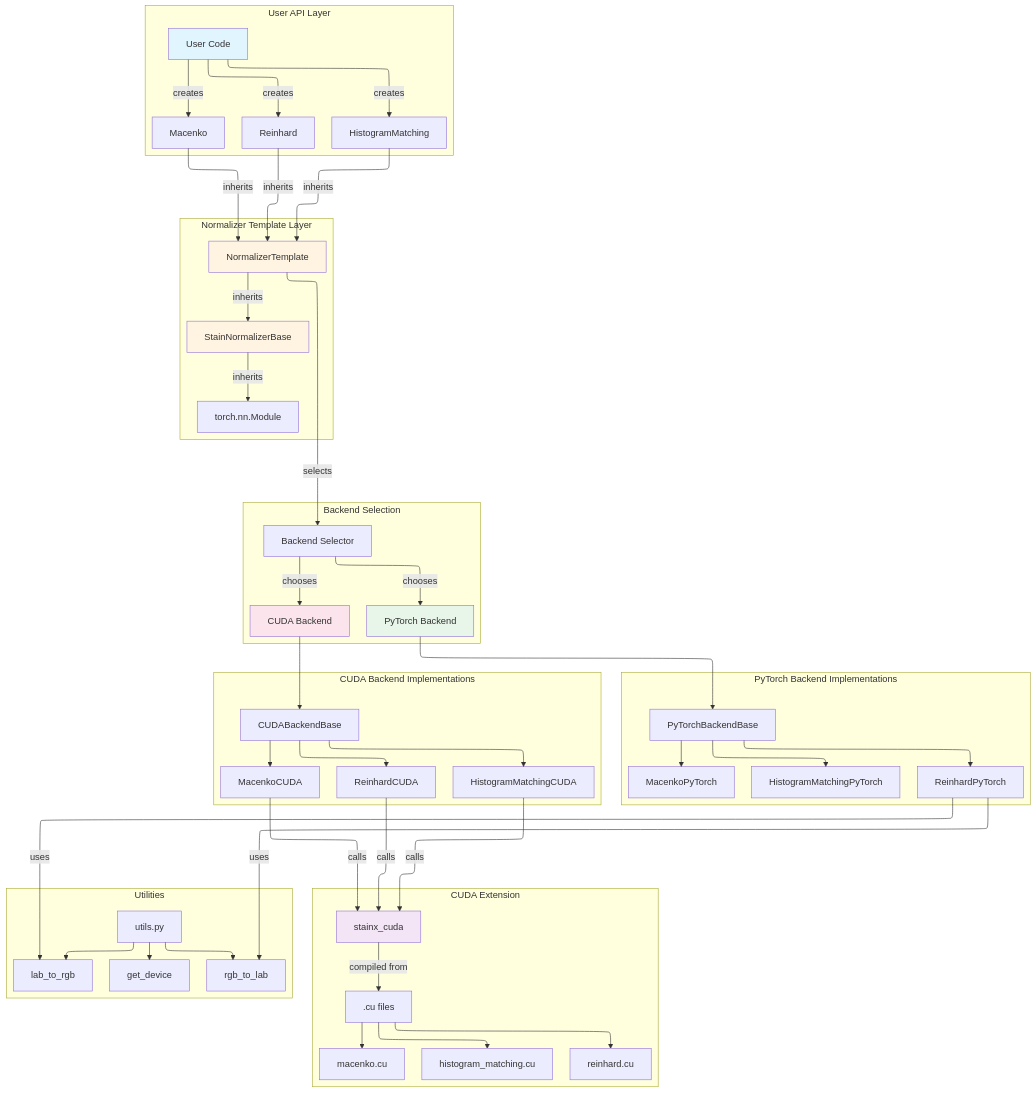
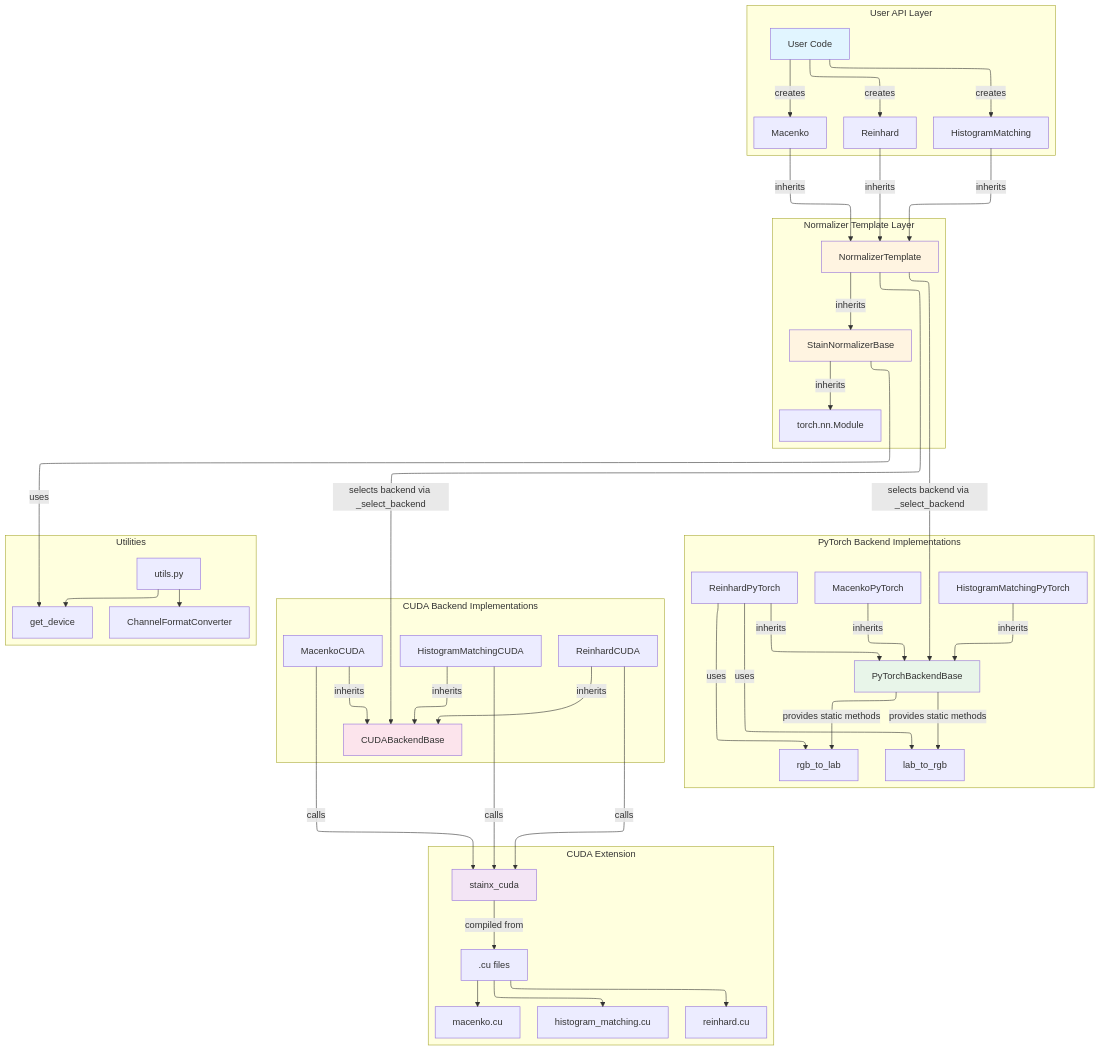
One commit to rendeirolab/stainx changed the diagram in ARCHITECTURE.md. Above: the diagram before and after it, drawn with Mermaid. The commit also changed other lines of this file, not shown here.

Commit message:
Refine architecture documentation by updating backend selection terminology and restructuring diagram relationships for clarity.

````diff
--- a/ARCHITECTURE.md
+++ b/ARCHITECTURE.md
@@ -7,73 +7,73 @@
 ```mermaid
 ---
 config:
   layout: elk
 ---
 flowchart TB
  subgraph subGraph0["User API Layer"]
         User["User Code"]
         HM["HistogramMatching"]
         RE["Reinhard"]
         MA["Macenko"]
   end
  subgraph subGraph1["Normalizer Template Layer"]
         NT["NormalizerTemplate"]
         SNB["StainNormalizerBase"]
         nn.Module["torch.nn.Module"]
   end
- subgraph subGraph3["Backend Selection"]
-        BS["Backend Selector"]
-        PTB["PyTorch Backend"]
-        CUB["CUDA Backend"]
-  end
  subgraph subGraph4["PyTorch Backend Implementations"]
         PTBB["PyTorchBackendBase"]
         HMPT["HistogramMatchingPyTorch"]
         REPT["ReinhardPyTorch"]
         MAPT["MacenkoPyTorch"]
+        RGB2LAB["rgb_to_lab"]
+        LAB2RGB["lab_to_rgb"]
   end
  subgraph subGraph5["CUDA Backend Implementations"]
         CUBB["CUDABackendBase"]
         HMCU["HistogramMatchingCUDA"]
         RECU["ReinhardCUDA"]
         MACU["MacenkoCUDA"]
   end
  subgraph subGraph6["CUDA Extension"]
         SC["stainx_cuda"]
         CU[".cu files"]
         HM_CU["histogram_matching.cu"]
         RE_CU["reinhard.cu"]
         MA_CU["macenko.cu"]
   end
  subgraph Utilities["Utilities"]
         UTILS["utils.py"]
         GD["get_device"]
-        RGB2LAB["rgb_to_lab"]
-        LAB2RGB["lab_to_rgb"]
+        CFC["ChannelFormatConverter"]
   end
     NT -- inherits --> SNB
     SNB -- inherits --> nn.Module
     HM -- inherits --> NT
     RE -- inherits --> NT
     MA -- inherits --> NT
-    NT -- selects --> BS
-    BS -- chooses --> PTB & CUB
-    PTB --> PTBB
-    PTBB --> HMPT & REPT & MAPT
-    CUB --> CUBB
-    CUBB --> HMCU & RECU & MACU
+    NT -- selects backend via _select_backend --> PTBB
+    NT -- selects backend via _select_backend --> CUBB
+    HMPT -- inherits --> PTBB
+    REPT -- inherits --> PTBB
+    MAPT -- inherits --> PTBB
+    PTBB -- provides static methods --> RGB2LAB & LAB2RGB
+    HMCU -- inherits --> CUBB
+    RECU -- inherits --> CUBB
+    MACU -- inherits --> CUBB
     HMCU -- calls --> SC
     RECU -- calls --> SC
     MACU -- calls --> SC
     SC -- compiled from --> CU
     CU --> HM_CU & RE_CU & MA_CU
-    UTILS --> GD & RGB2LAB & LAB2RGB
+    UTILS --> GD & CFC
     REPT -- uses --> RGB2LAB & LAB2RGB
+    SNB -- uses --> GD
     User -- creates --> HM & RE & MA
     style User fill:#e1f5ff
     style NT fill:#fff4e1
     style SNB fill:#fff4e1
-    style PTB fill:#e8f5e9
-    style CUB fill:#fce4ec
+    style PTBB fill:#e8f5e9
+    style CUBB fill:#fce4ec
     style SC fill:#f3e5f5
 ```
````
